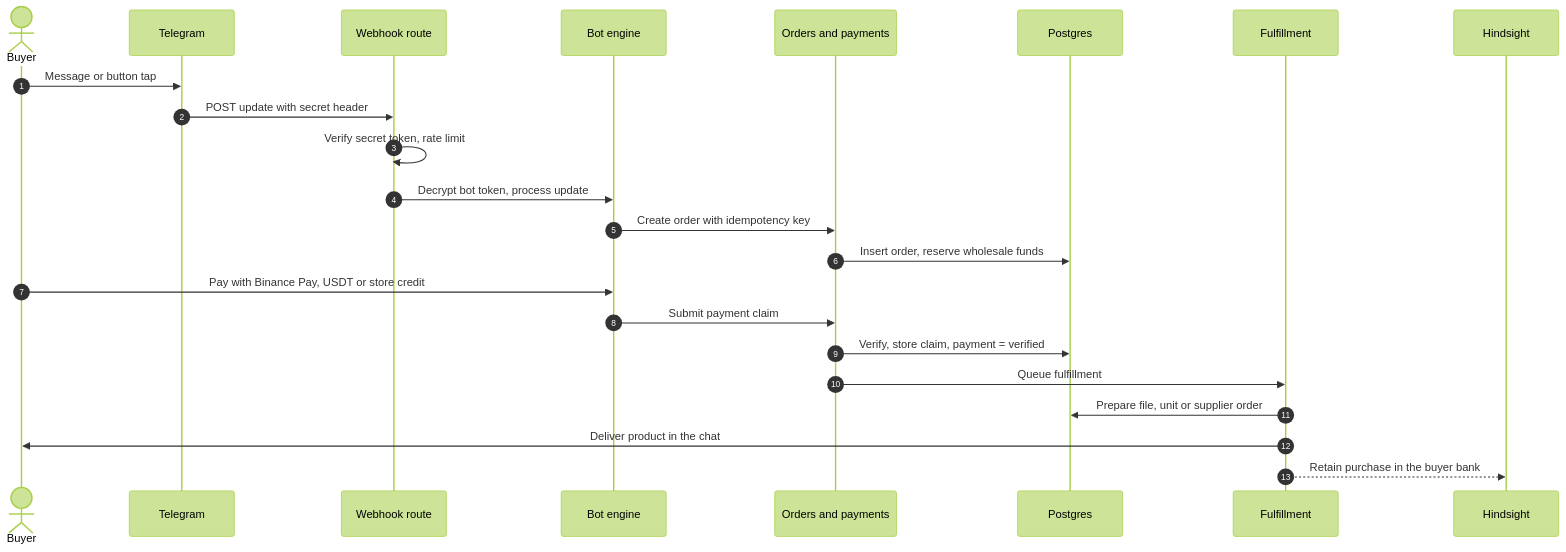
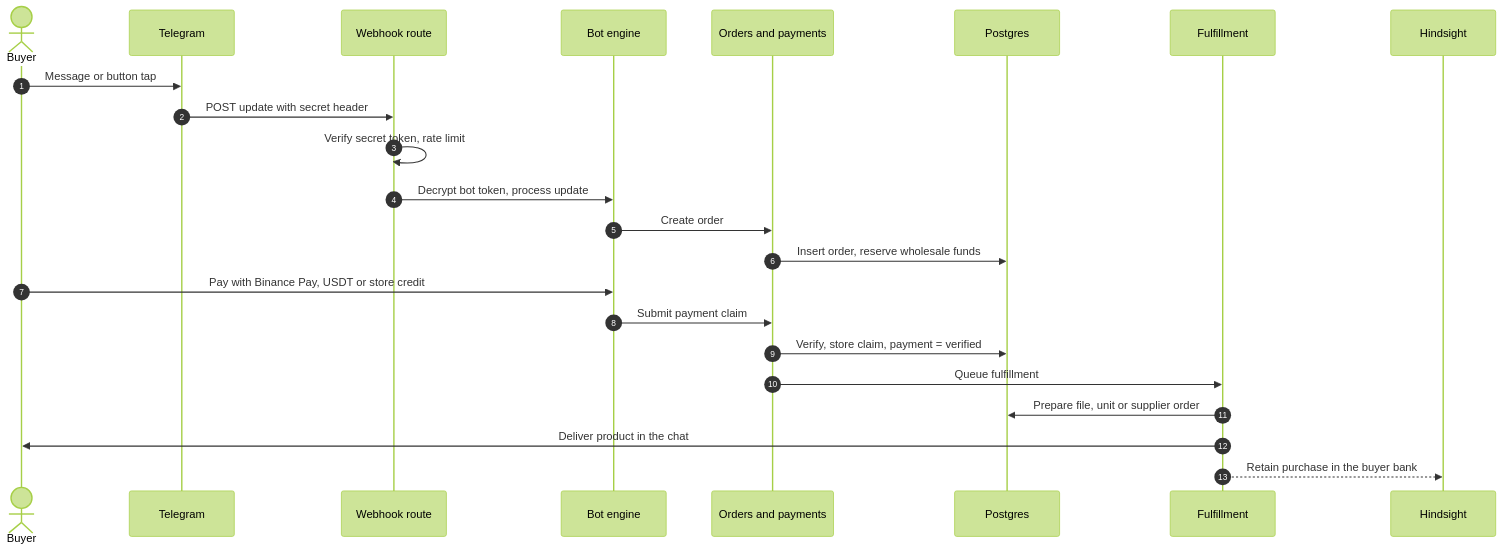
The second of 6 diagrams in ARCHITECTURE.md (Kush-u/AfterBuy-OS), drawn with Mermaid (forest theme) before and after one commit. The commit also changed other lines of this file and 8 other files, not shown here.

````diff
--- a/ARCHITECTURE.md
+++ b/ARCHITECTURE.md
@@ -67,26 +67,26 @@
 ```mermaid
 sequenceDiagram
   autonumber
   actor Buyer
   participant TG as Telegram
   participant WH as Webhook route
   participant Bot as Bot engine
   participant Ord as Orders and payments
   participant DB as Postgres
   participant Ful as Fulfillment
   participant Mem as Hindsight
 
   Buyer->>TG: Message or button tap
   TG->>WH: POST update with secret header
   WH->>WH: Verify secret token, rate limit
   WH->>Bot: Decrypt bot token, process update
-  Bot->>Ord: Create order with idempotency key
+  Bot->>Ord: Create order
   Ord->>DB: Insert order, reserve wholesale funds
   Buyer->>Bot: Pay with Binance Pay, USDT or store credit
   Bot->>Ord: Submit payment claim
   Ord->>DB: Verify, store claim, payment = verified
   Ord->>Ful: Queue fulfillment
   Ful->>DB: Prepare file, unit or supplier order
   Ful->>Buyer: Deliver product in the chat
   Ful-->>Mem: Retain purchase in the buyer bank
 ```
````
